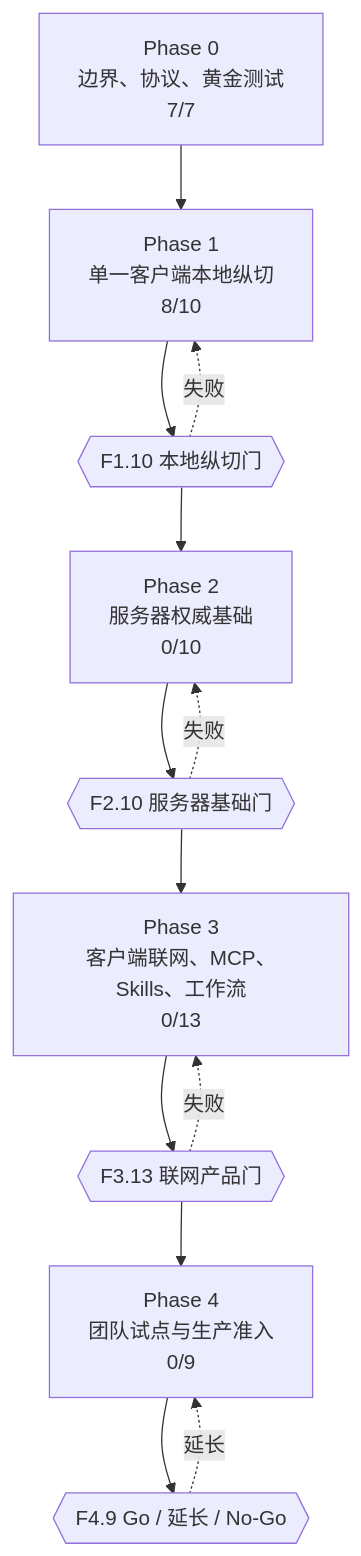
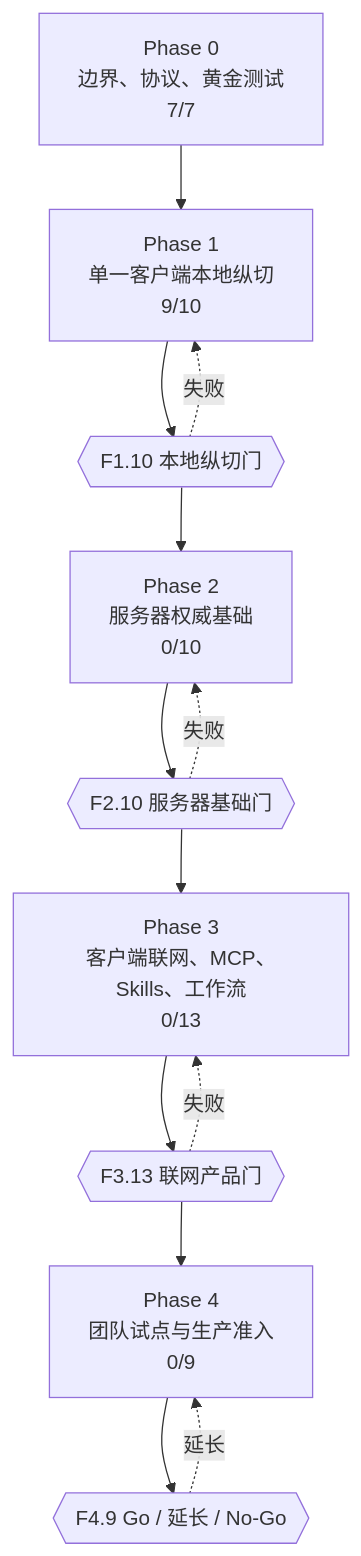
Before and after one commit to xingranya/fox: the first of 6 diagrams in docs/plan/dependency-graph.md, drawn with Mermaid. The commit also changed other lines of this file and 13 other files, not shown here.

````diff
--- a/docs/plan/dependency-graph.md
+++ b/docs/plan/dependency-graph.md
@@ -5,18 +5,18 @@
 ```mermaid
 flowchart TD
     P0["Phase 0\n边界、协议、黄金测试\n7/7"]
-    P1["Phase 1\n单一客户端本地纵切\n8/10"]
+    P1["Phase 1\n单一客户端本地纵切\n9/10"]
     G1{{"F1.10 本地纵切门"}}
     P2["Phase 2\n服务器权威基础\n0/10"]
     G2{{"F2.10 服务器基础门"}}
     P3["Phase 3\n客户端联网、MCP、Skills、工作流\n0/13"]
     G3{{"F3.13 联网产品门"}}
     P4["Phase 4\n团队试点与生产准入\n0/9"]
     G4{{"F4.9 Go / 延长 / No-Go"}}
 
     P0 --> P1 --> G1 --> P2 --> G2 --> P3 --> G3 --> P4 --> G4
     G1 -. "失败" .-> P1
     G2 -. "失败" .-> P2
     G3 -. "失败" .-> P3
     G4 -. "延长" .-> P4
 ```
````
